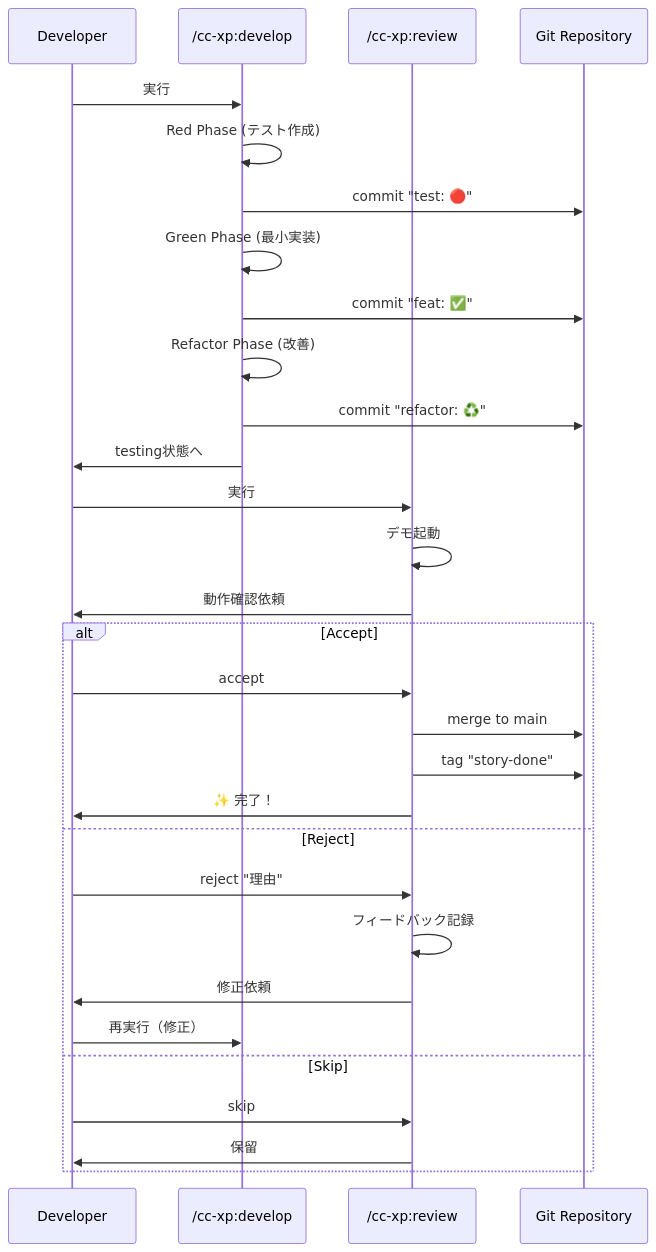
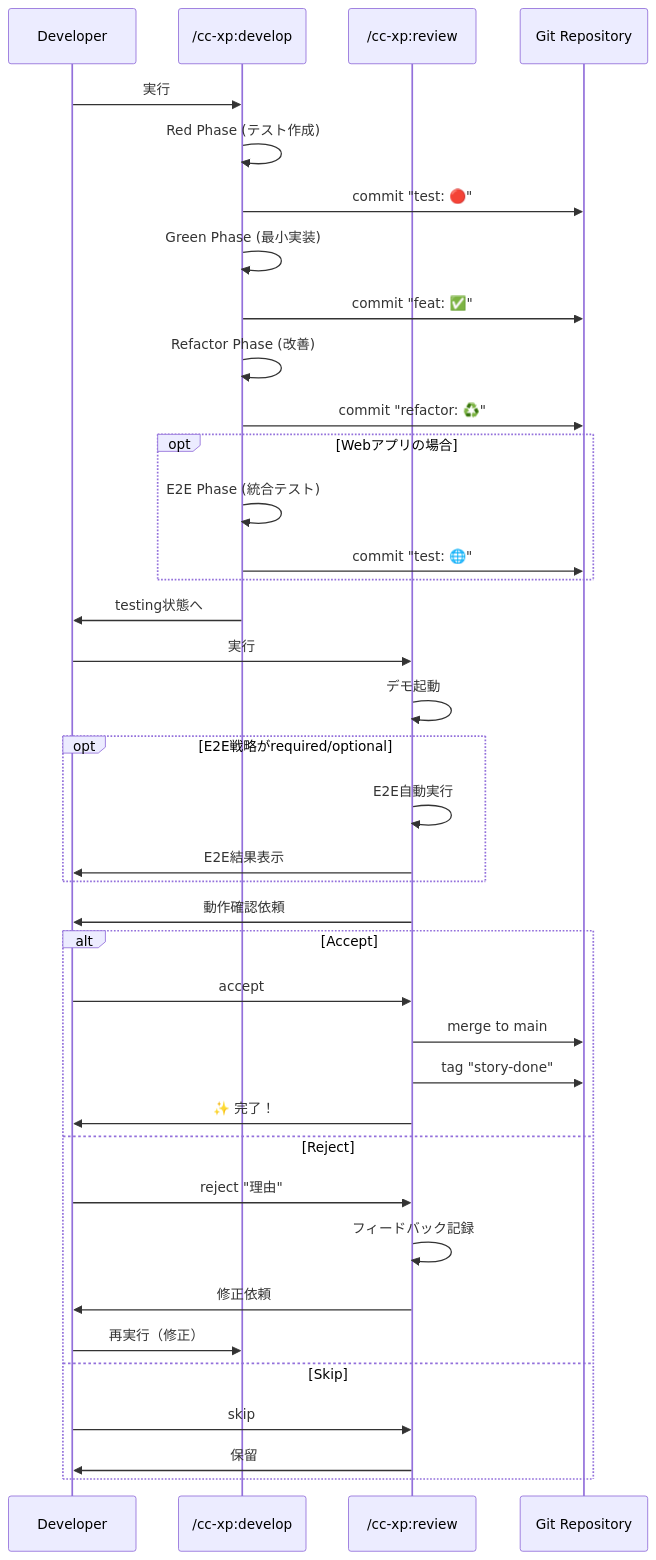
Before and after one commit to B16B1RD/cc-xp-kit: the fourth of 6 diagrams in README.md, drawn with Mermaid. The commit also changed other lines of this file and 4 other files, not shown here.

````diff
--- a/README.md
+++ b/README.md
@@ -135,35 +139,43 @@
 ```mermaid
 sequenceDiagram
     participant Dev as Developer
     participant D as /cc-xp:develop
     participant R as /cc-xp:review
     participant Git as Git Repository
     
     Dev->>D: 実行
     D->>D: Red Phase (テスト作成)
     D->>Git: commit "test: 🔴"
     D->>D: Green Phase (最小実装)
     D->>Git: commit "feat: ✅"
     D->>D: Refactor Phase (改善)
     D->>Git: commit "refactor: ♻️"
+    opt Webアプリの場合
+        D->>D: E2E Phase (統合テスト)
+        D->>Git: commit "test: 🌐"
+    end
     D->>Dev: testing状態へ
     
     Dev->>R: 実行
     R->>R: デモ起動
+    opt E2E戦略がrequired/optional
+        R->>R: E2E自動実行
+        R->>Dev: E2E結果表示
+    end
     R->>Dev: 動作確認依頼
     
     alt Accept
         Dev->>R: accept
         R->>Git: merge to main
         R->>Git: tag "story-done"
         R->>Dev: ✨ 完了！
     else Reject
         Dev->>R: reject "理由"
         R->>R: フィードバック記録
         R->>Dev: 修正依頼
         Dev->>D: 再実行（修正）
     else Skip
         Dev->>R: skip
         R->>Dev: 保留
     end
 ```
````
